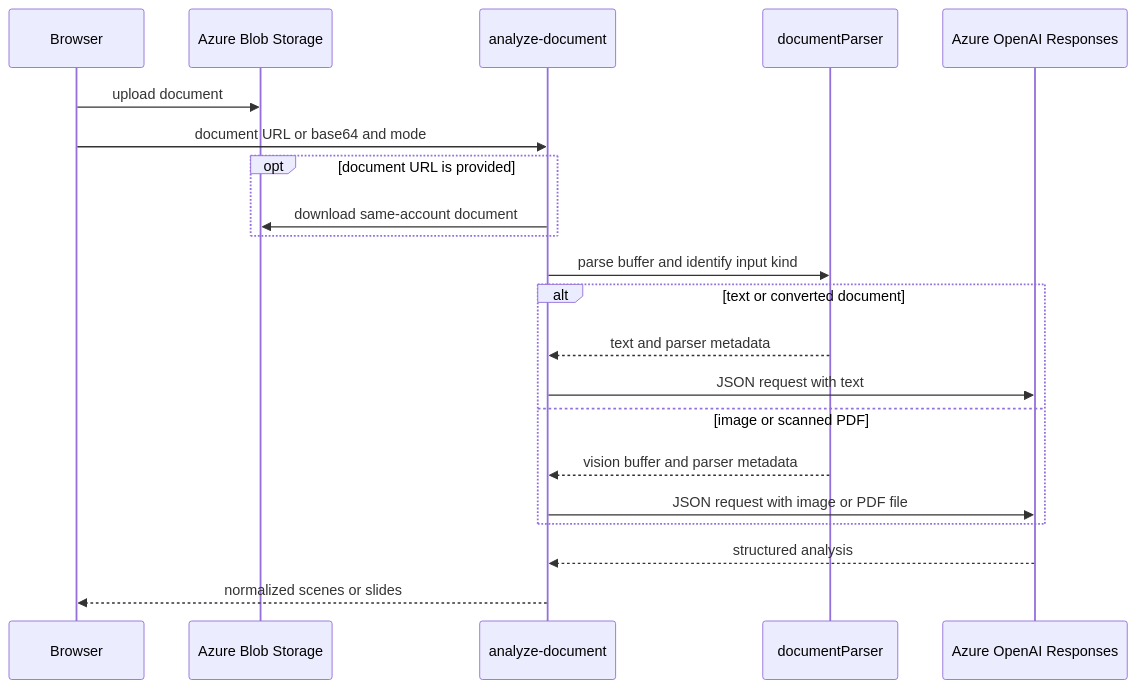
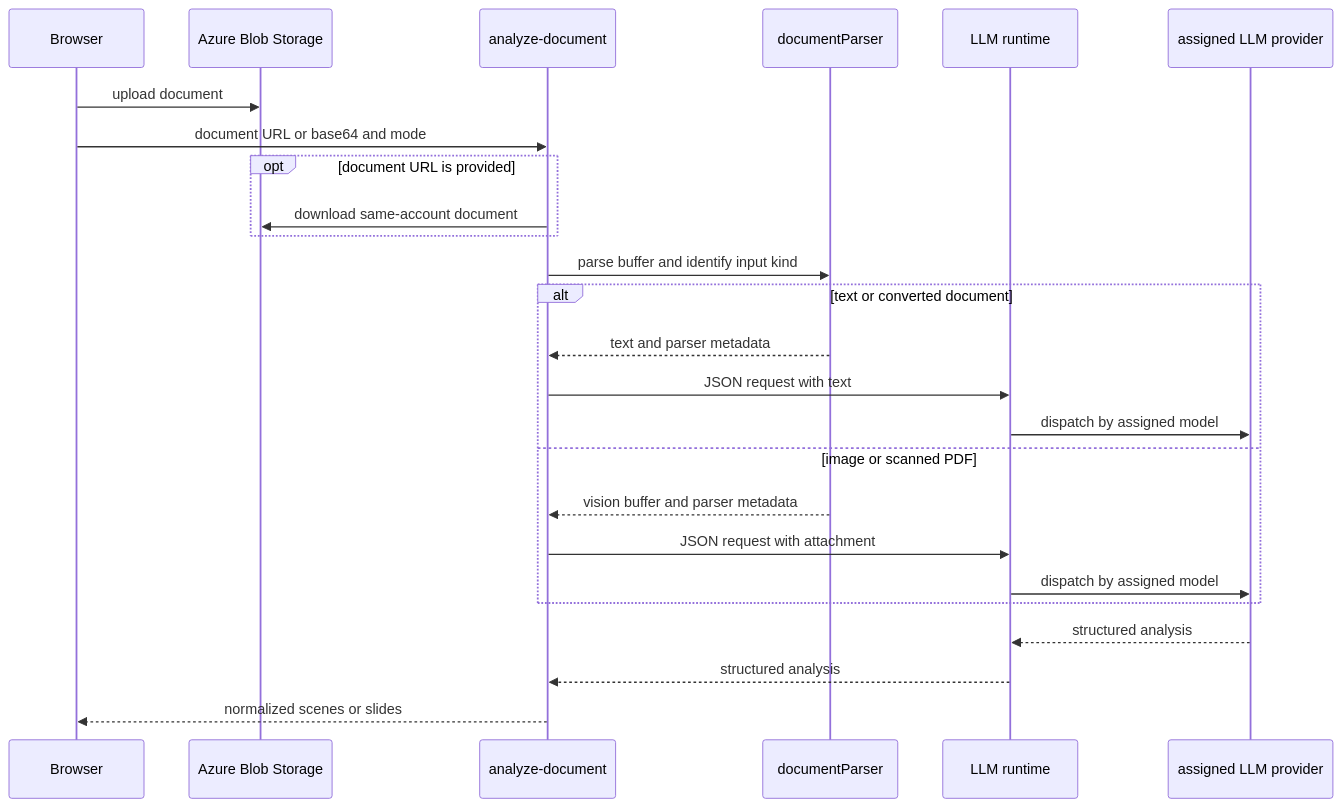
One commit to tony30552001/Genpic-master changed the first of 3 diagrams in openwiki/backend/ai-generation.md. Above: the diagram before and after it, drawn with Mermaid. The commit also changed other lines of this file and 27 other files, not shown here.

````diff
--- a/openwiki/backend/ai-generation.md
+++ b/openwiki/backend/ai-generation.md
@@ -53,23 +48,27 @@
 ```mermaid
 sequenceDiagram
   participant Browser
   participant Blob as Azure Blob Storage
   participant Handler as analyze-document
   participant Parser as documentParser
-  participant Azure as Azure OpenAI Responses
+  participant Runtime as LLM runtime
+  participant Provider as assigned LLM provider
   Browser->>Blob: upload document
   Browser->>Handler: document URL or base64 and mode
   opt document URL is provided
     Handler->>Blob: download same-account document
   end
   Handler->>Parser: parse buffer and identify input kind
   alt text or converted document
     Parser-->>Handler: text and parser metadata
-    Handler->>Azure: JSON request with text
+    Handler->>Runtime: JSON request with text
+    Runtime->>Provider: dispatch by assigned model
   else image or scanned PDF
     Parser-->>Handler: vision buffer and parser metadata
-    Handler->>Azure: JSON request with image or PDF file
+    Handler->>Runtime: JSON request with attachment
+    Runtime->>Provider: dispatch by assigned model
   end
-  Azure-->>Handler: structured analysis
+  Provider-->>Runtime: structured analysis
+  Runtime-->>Handler: structured analysis
   Handler-->>Browser: normalized scenes or slides
 ```
````
